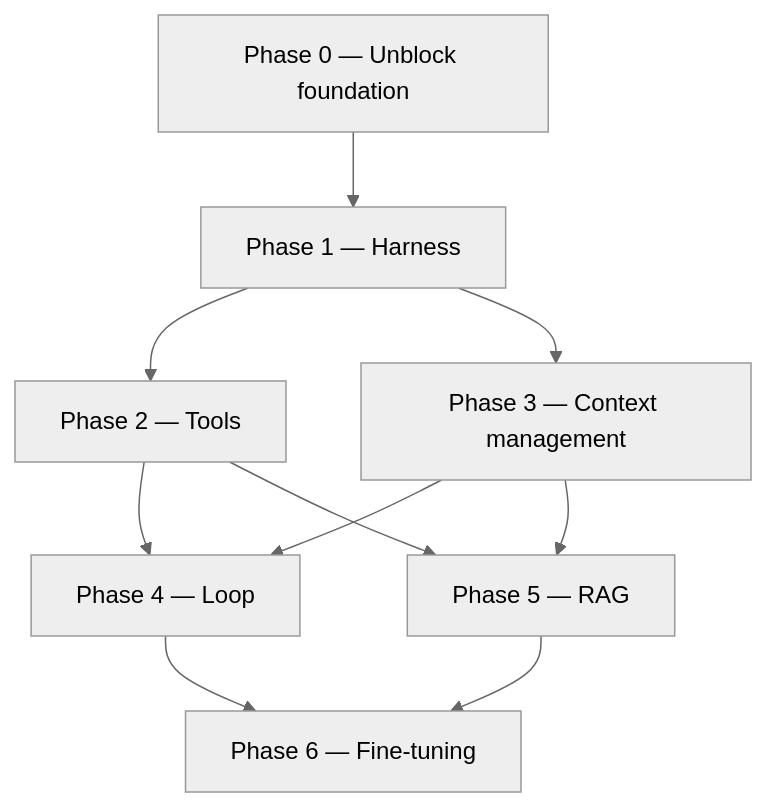
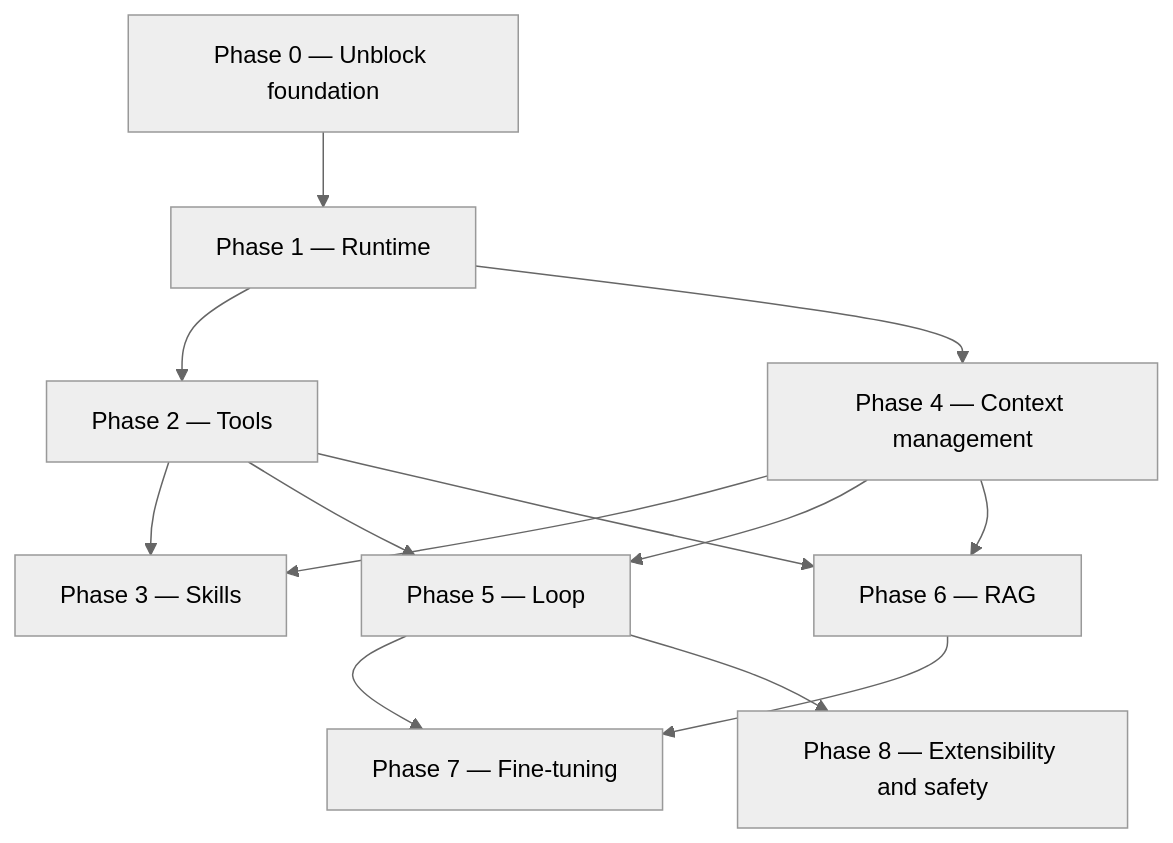
Before and after one commit to Fizzisme/catronaut: the diagram in ROADMAP.md, drawn with Mermaid (neutral theme). The commit also changed other lines of this file and 5 other files, not shown here.

````diff
--- a/ROADMAP.md
+++ b/ROADMAP.md
@@ -25,12 +33,15 @@
 ```mermaid
 graph TD
-  P0[Phase 0 — Unblock foundation] --> P1[Phase 1 — Harness]
+  P0[Phase 0 — Unblock foundation] --> P1[Phase 1 — Runtime]
   P1 --> P2[Phase 2 — Tools]
-  P1 --> P3[Phase 3 — Context management]
-  P2 --> P4[Phase 4 — Loop]
-  P3 --> P4
-  P3 --> P5[Phase 5 — RAG]
-  P2 --> P5
-  P4 --> P6[Phase 6 — Fine-tuning]
-  P5 --> P6
+  P1 --> P4[Phase 4 — Context management]
+  P2 --> P3[Phase 3 — Skills]
+  P4 --> P3
+  P2 --> P5[Phase 5 — Loop]
+  P4 --> P5
+  P4 --> P6[Phase 6 — RAG]
+  P2 --> P6
+  P5 --> P7[Phase 7 — Fine-tuning]
+  P6 --> P7
+  P5 --> P8[Phase 8 — Extensibility and safety]
 ```
````
